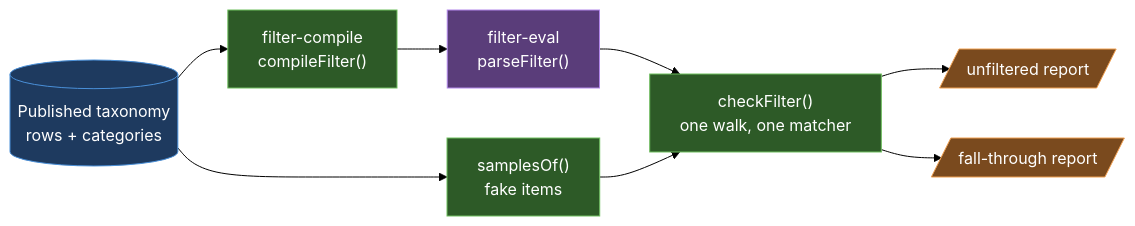
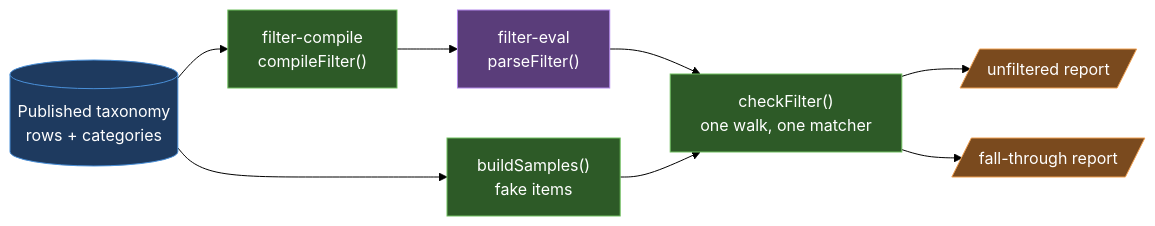
The first of 5 diagrams in docs/sample-validation.md (andreicaminschi/poe-stuff), drawn with Mermaid (forest theme) before and after one commit. The commit also changed other lines of this file and 397 other files, not shown here.

````diff
--- a/docs/sample-validation.md
+++ b/docs/sample-validation.md
@@ -9,20 +9,20 @@
 ```mermaid
 flowchart LR
     classDef source fill:#1e3a5f,stroke:#4a90d9,color:#fff
     classDef lib fill:#2d5a27,stroke:#6fbf5f,color:#fff
     classDef eval fill:#5a3d7a,stroke:#b388eb,color:#fff
     classDef out fill:#7a4a1e,stroke:#f0a050,color:#fff
 
     T[("Published taxonomy<br/>rows + categories")]:::source
     C["filter-compile<br/>compileFilter()"]:::lib
     P["filter-eval<br/>parseFilter()"]:::eval
-    S["samplesOf()<br/>fake items"]:::lib
+    S["buildSamples()<br/>fake items"]:::lib
     K["checkFilter()<br/>one walk, one matcher"]:::lib
     R1[/"unfiltered report"/]:::out
     R2[/"fall-through report"/]:::out
 
     T --> C --> P --> K
     T --> S --> K
     K --> R1
     K --> R2
 ```
````
